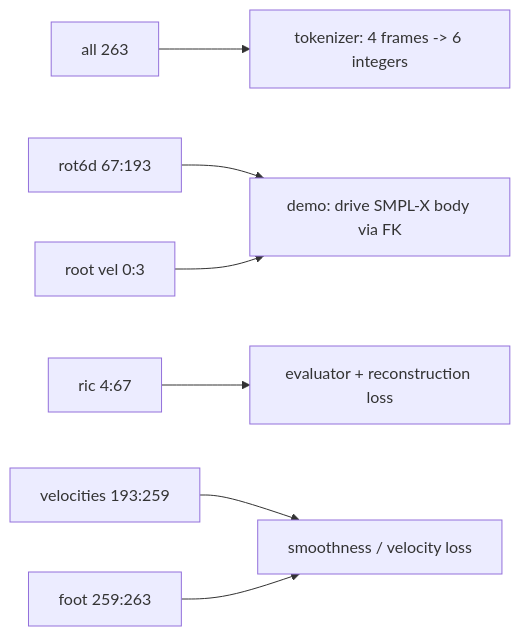
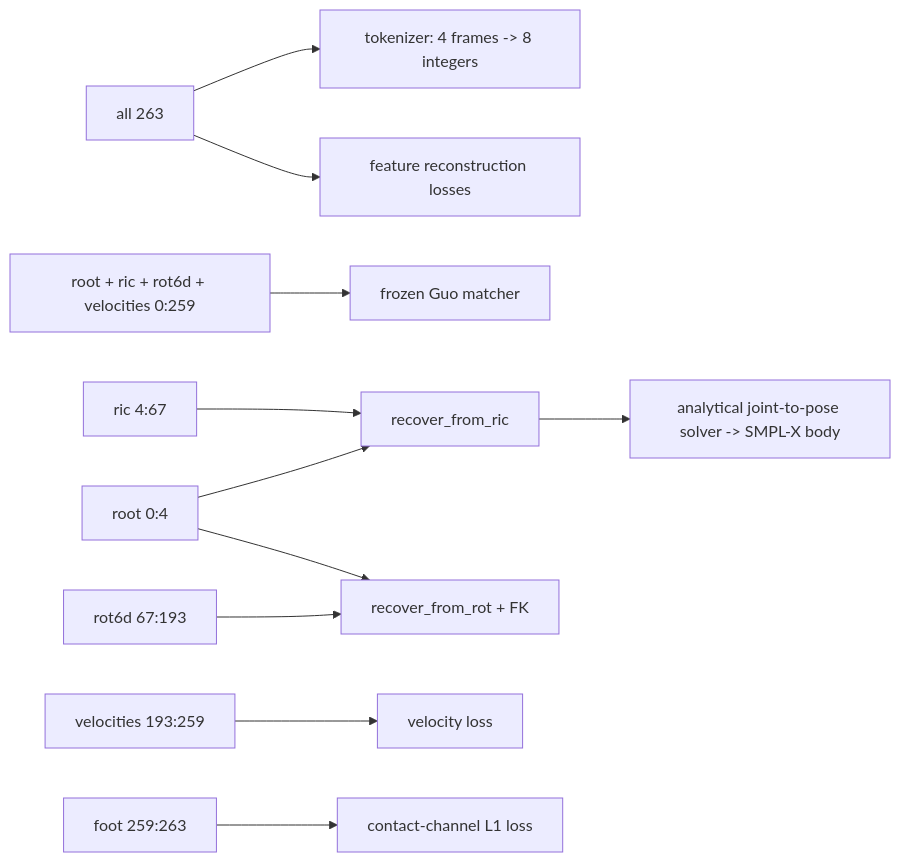
One commit to CatalinButacu/GenAI-Text2Motion changed the second of 2 diagrams in doc/notes/lessons/03-opening-the-263-vector.md. Above: the diagram before and after it, drawn with Mermaid. The commit also changed other lines of this file and 24 other files, not shown here.

Commit message:
The lessons match the current code and results: an audit against the code found wrong and old claims in all 24 lessons, each lesson is rewritten in Simplified Technical English with checked facts, and a new lesson 20 explains long streams, the restart policy and the state range

````diff
--- a/doc/notes/lessons/03-opening-the-263-vector.md
+++ b/doc/notes/lessons/03-opening-the-263-vector.md
@@ -128,9 +179,13 @@
 ```mermaid
 flowchart LR
-  ALL["all 263"] --> TOK["tokenizer: 4 frames -> 6 integers"]
-  ROT["rot6d 67:193"] --> DEMO["demo: drive SMPL-X body via FK"]
-  ROOT["root vel 0:3"] --> DEMO
-  RIC["ric 4:67"] --> EVAL["evaluator + reconstruction loss"]
-  VEL["velocities 193:259"] --> SMOOTH["smoothness / velocity loss"]
-  FC["foot 259:263"] --> SMOOTH
+  ALL["all 263"] --> TOK["tokenizer: 4 frames -> 8 integers"]
+  ALL --> LOSS["feature reconstruction losses"]
+  MATCH["root + ric + rot6d + velocities 0:259"] --> EVAL["frozen Guo matcher"]
+  ROOT["root 0:4"] --> REC["recover_from_ric"]
+  RIC["ric 4:67"] --> REC
+  REC --> DEMO["analytical joint-to-pose solver -> SMPL-X body"]
+  ROT["rot6d 67:193"] --> FK["recover_from_rot + FK"]
+  ROOT --> FK
+  VEL["velocities 193:259"] --> SMOOTH["velocity loss"]
+  FC["foot 259:263"] --> FOOT["contact-channel L1 loss"]
 ```
````
